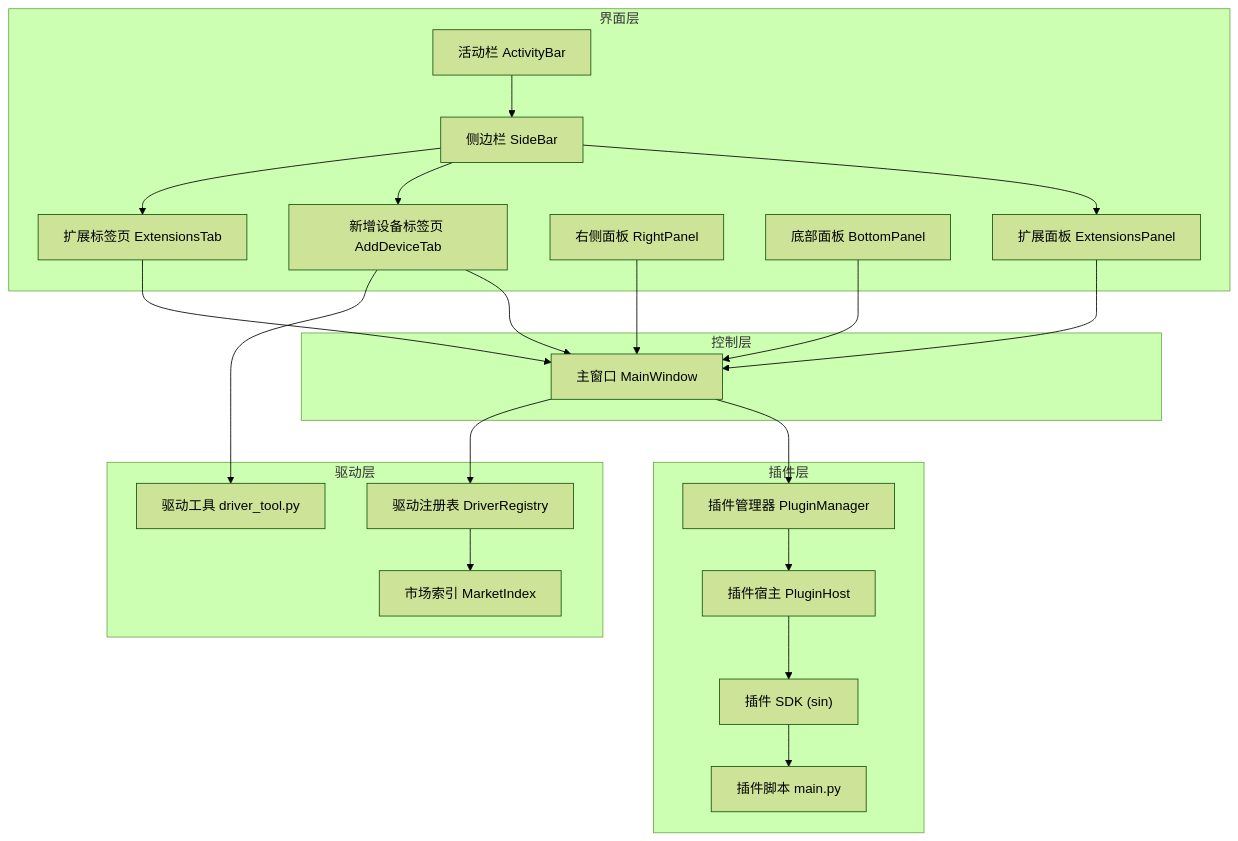
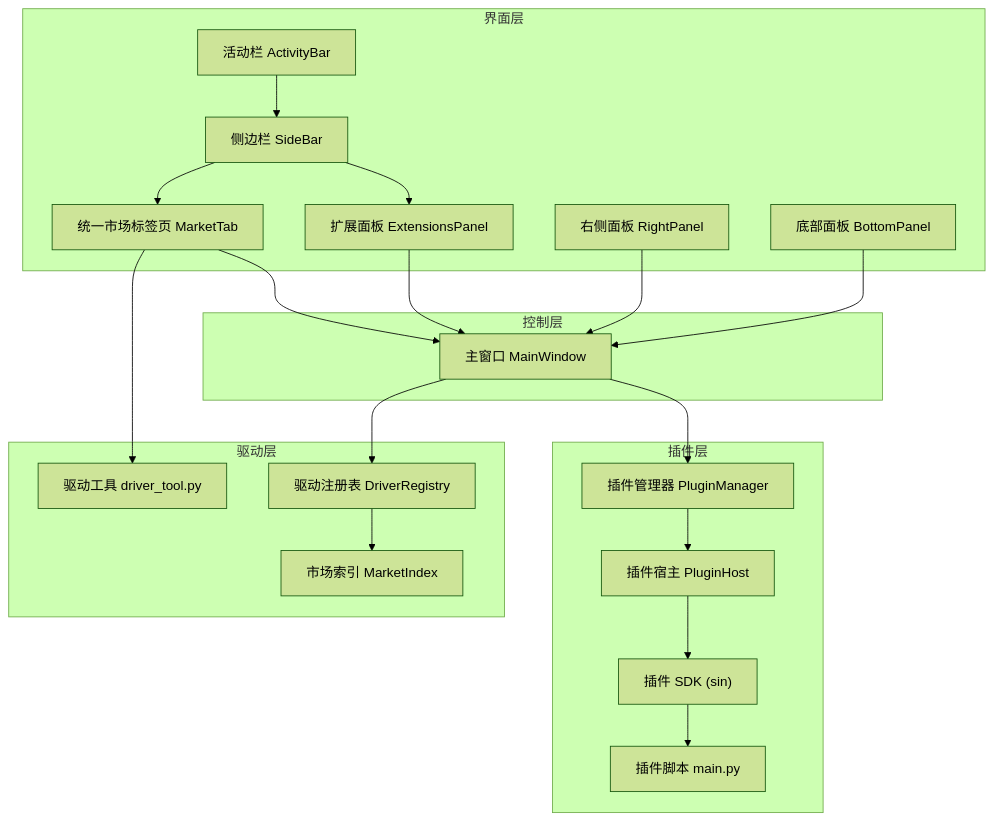
One commit to jakecai1225-design/OpenBus changed the first of 10 diagrams in .qoder/repowiki/zh/content/架构设计/插件系统架构/扩展面板系统.md. Above: the diagram before and after it, drawn with Mermaid (forest theme). The commit also changed other lines of this file and 70 other files, not shown here.

````diff
--- a/.qoder/repowiki/zh/content/架构设计/插件系统架构/扩展面板系统.md
+++ b/.qoder/repowiki/zh/content/架构设计/插件系统架构/扩展面板系统.md
@@ -60,42 +62,39 @@
 ```mermaid
 graph TB
 subgraph "界面层"
 AB["活动栏 ActivityBar"]
 SB["侧边栏 SideBar"]
 EP["扩展面板 ExtensionsPanel"]
-ADT["新增设备标签页 AddDeviceTab"]
+MT["统一市场标签页 MarketTab"]
 RP["右侧面板 RightPanel"]
 BP["底部面板 BottomPanel"]
-ET["扩展标签页 ExtensionsTab"]
 end
 subgraph "控制层"
 MW["主窗口 MainWindow"]
 end
 subgraph "插件层"
 PM["插件管理器 PluginManager"]
 PH["插件宿主 PluginHost"]
 SDK["插件 SDK (sin)"]
 PLG["插件脚本 main.py"]
 end
 subgraph "驱动层"
 DR["驱动注册表 DriverRegistry"]
 MI["市场索引 MarketIndex"]
 DT["驱动工具 driver_tool.py"]
 end
 AB --> SB
 SB --> EP
-SB --> ADT
-SB --> ET
+SB --> MT
 EP --> MW
-ADT --> MW
-ET --> MW
+MT --> MW
 RP --> MW
 BP --> MW
 MW --> PM
 PM --> PH
 PH --> SDK
 SDK --> PLG
 MW --> DR
 DR --> MI
-ADT --> DT
+MT --> DT
 ```
````
